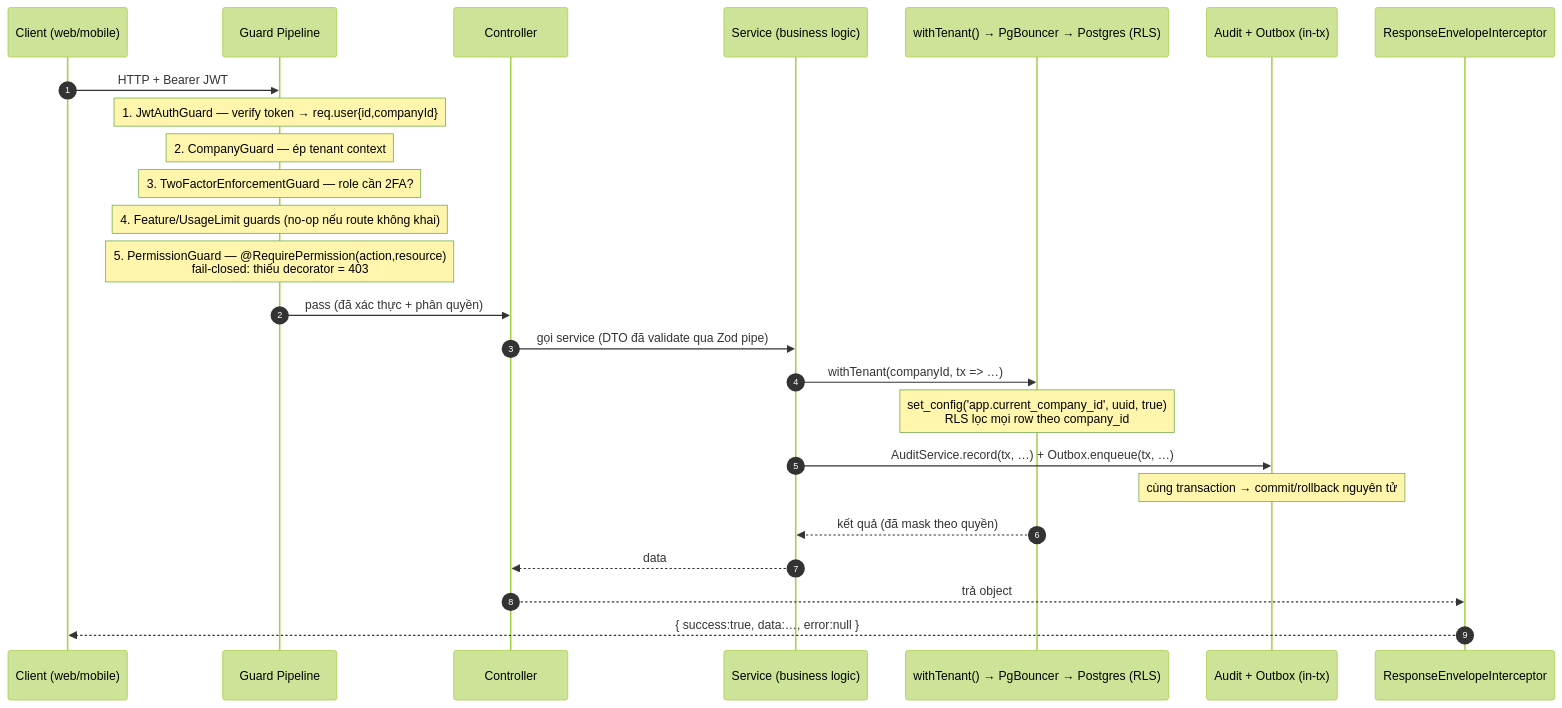
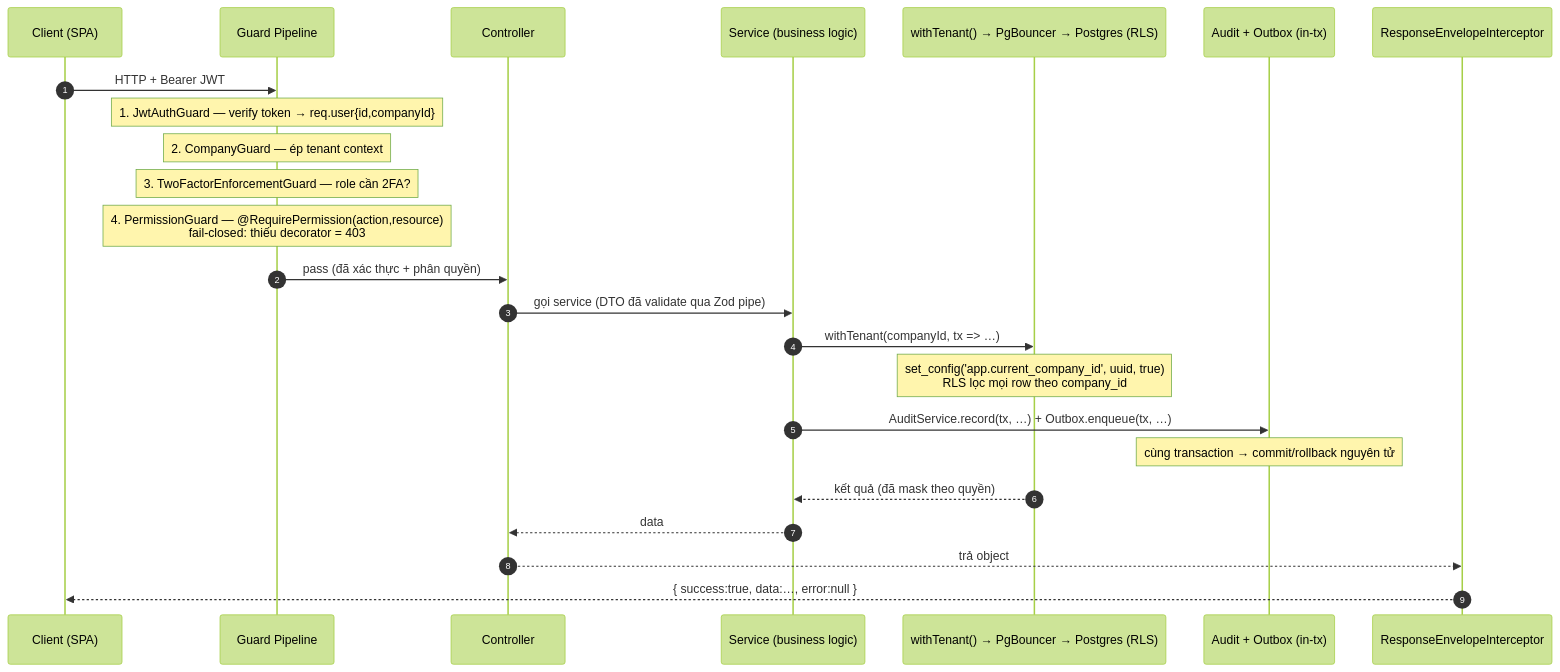
Before and after one commit to nguyencanhqk/mediaos: the third of 7 diagrams in docs/SYSTEM-DESIGN.md, drawn with Mermaid (forest theme). The commit also changed other lines of this file and 194 other files, not shown here.

````diff
--- a/docs/SYSTEM-DESIGN.md
+++ b/docs/SYSTEM-DESIGN.md
@@ -231,28 +145,27 @@
 ```mermaid
 sequenceDiagram
     autonumber
-    participant C as Client (web/mobile)
+    participant C as Client (SPA)
     participant G as Guard Pipeline
     participant Ctrl as Controller
     participant Svc as Service (business logic)
     participant DB as withTenant() → PgBouncer → Postgres (RLS)
     participant Ev as Audit + Outbox (in-tx)
     participant I as ResponseEnvelopeInterceptor
 
     C->>G: HTTP + Bearer JWT
     Note over G: 1. JwtAuthGuard — verify token → req.user{id,companyId}
     Note over G: 2. CompanyGuard — ép tenant context
     Note over G: 3. TwoFactorEnforcementGuard — role cần 2FA?
-    Note over G: 4. Feature/UsageLimit guards (no-op nếu route không khai)
-    Note over G: 5. PermissionGuard — @RequirePermission(action,resource)<br/>fail-closed: thiếu decorator = 403
+    Note over G: 4. PermissionGuard — @RequirePermission(action,resource)<br/>fail-closed: thiếu decorator = 403
     G->>Ctrl: pass (đã xác thực + phân quyền)
     Ctrl->>Svc: gọi service (DTO đã validate qua Zod pipe)
     Svc->>DB: withTenant(companyId, tx => …)
     Note over DB: set_config('app.current_company_id', uuid, true)<br/>RLS lọc mọi row theo company_id
     Svc->>Ev: AuditService.record(tx, …) + Outbox.enqueue(tx, …)
     Note over Ev: cùng transaction → commit/rollback nguyên tử
     DB-->>Svc: kết quả (đã mask theo quyền)
     Svc-->>Ctrl: data
     Ctrl-->>I: trả object
     I-->>C: { success:true, data:…, error:null }
 ```
````
